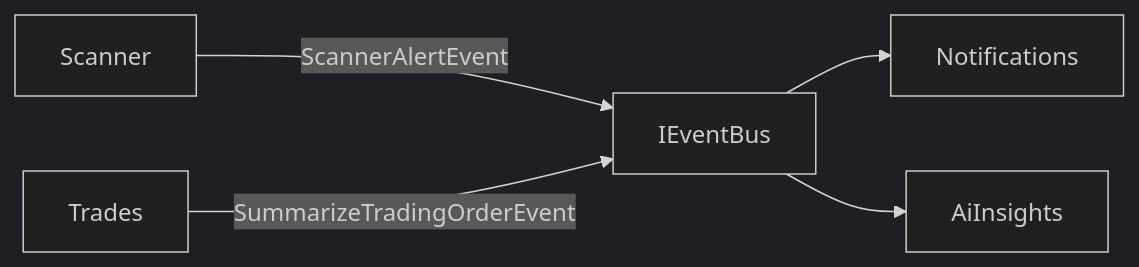
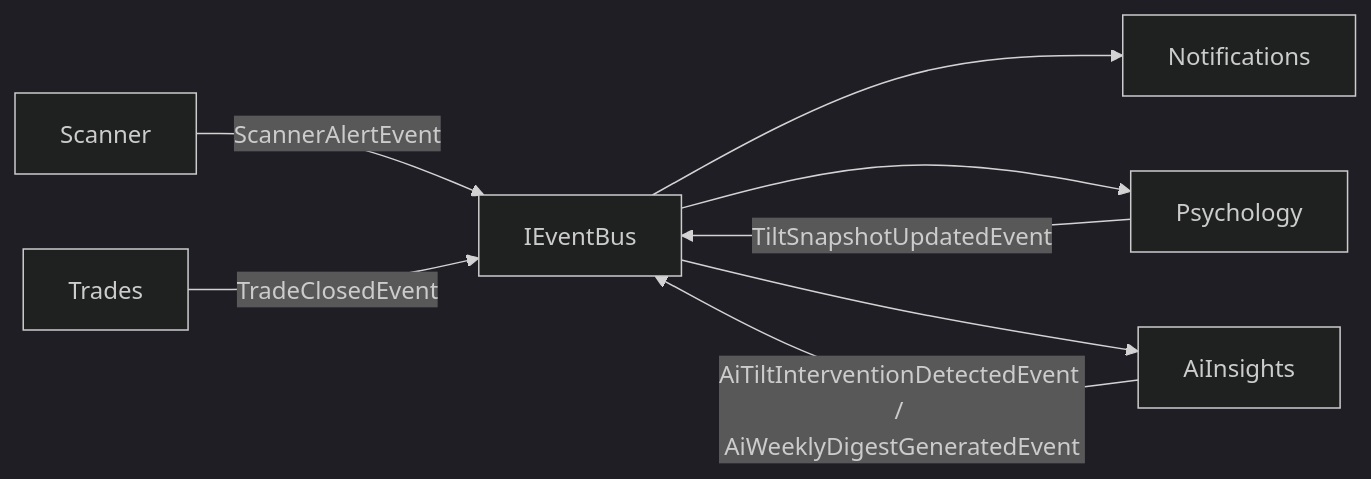
The third of 3 diagrams in docs/TECHNICAL_SPEC.md (quockhangluong1012/trading-journal-backend), drawn with Mermaid (dark theme) before and after one commit. The commit also changed other lines of this file and 27 other files, not shown here.

````diff
--- a/docs/TECHNICAL_SPEC.md
+++ b/docs/TECHNICAL_SPEC.md
@@ -378,7 +403,10 @@
 ```mermaid
 flowchart LR
     SCAN["Scanner"] -->|ScannerAlertEvent| EB["IEventBus"]
-    TRADE["Trades"] -->|SummarizeTradingOrderEvent| EB
+    TRADE["Trades"] -->|TradeClosedEvent| EB
+    PSYCH["Psychology"] -->|TiltSnapshotUpdatedEvent| EB
+    AI["AiInsights"] -->|AiTiltInterventionDetectedEvent / AiWeeklyDigestGeneratedEvent| EB
     EB --> NOTIF["Notifications"]
-    EB --> AI["AiInsights"]
+    EB --> PSYCH
+    EB --> AI
 ```
````
